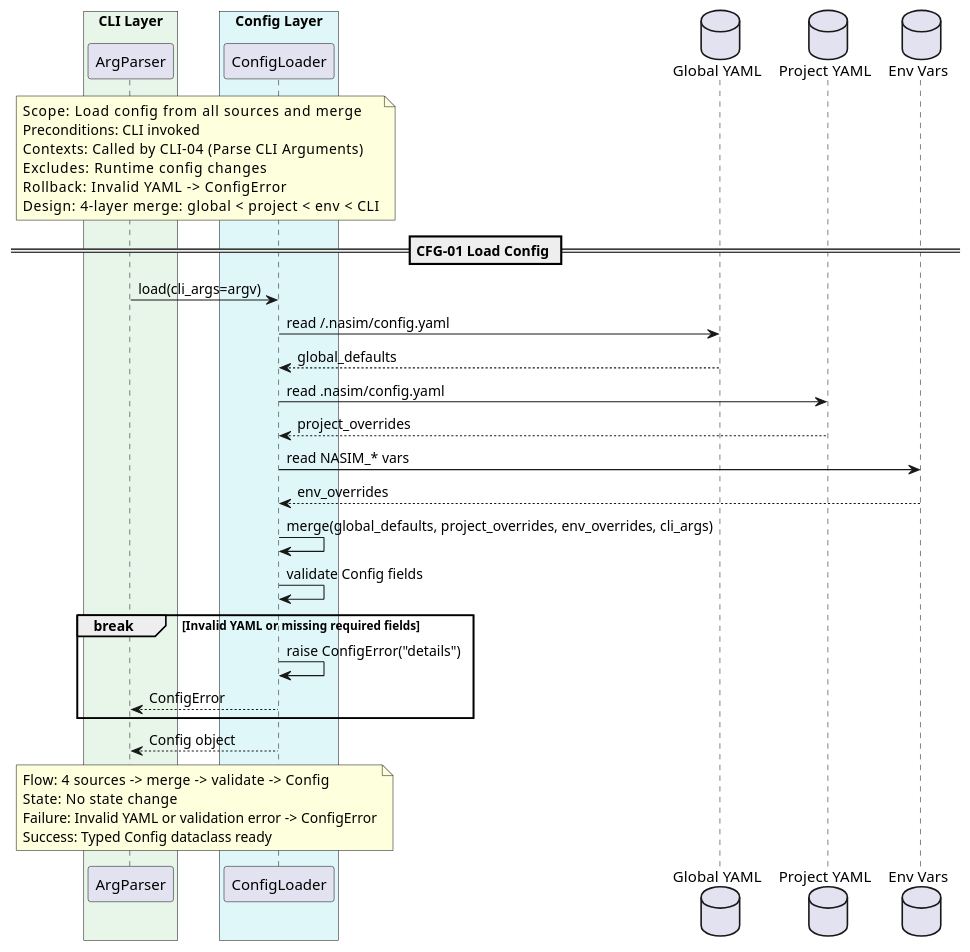
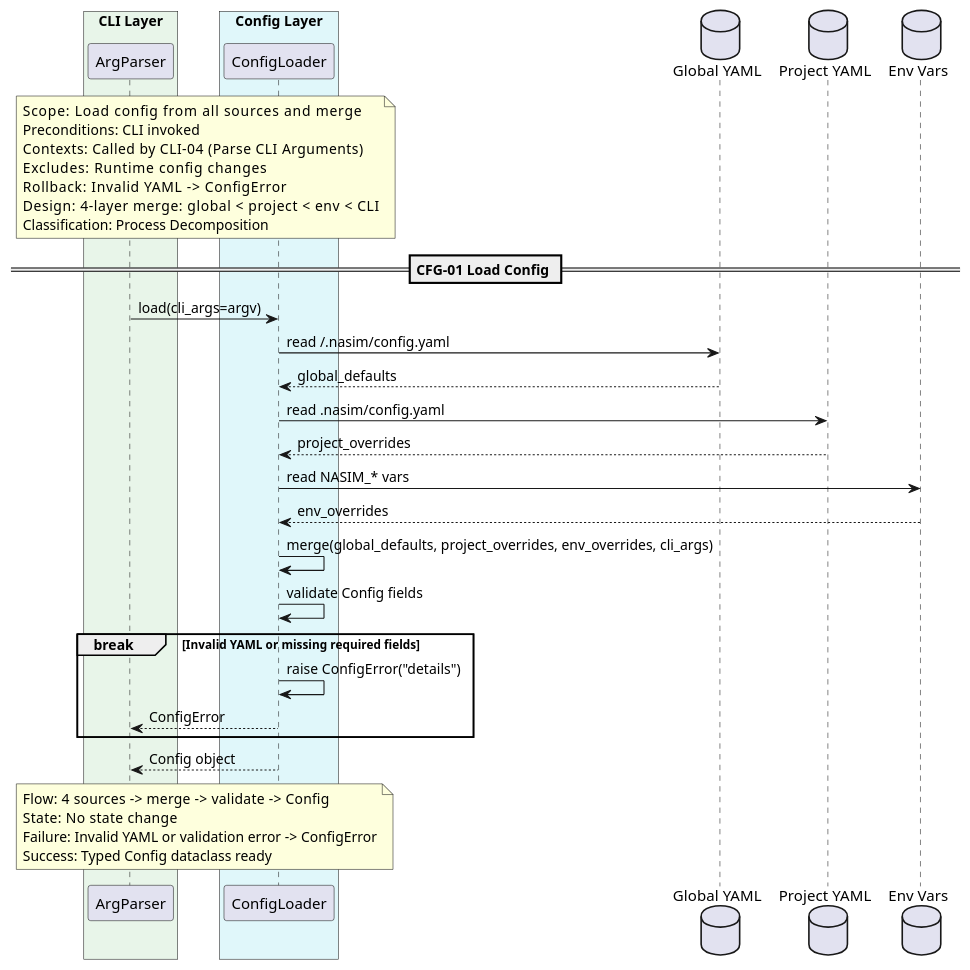
The diagram in docs/SQ/CFG/sq_cfg01_load_config.puml (salimnamvar/nasim), drawn with PlantUML before and after one commit. The commit also changed 153 other files, not shown here.

```diff
--- a/docs/SQ/CFG/sq_cfg01_load_config.puml
+++ b/docs/SQ/CFG/sq_cfg01_load_config.puml
@@ -1,57 +1,58 @@
 @startuml sq_cfg01_load_config
 ' ============================================================
 ' Title:     CFG-01 — Load Config
 ' Boundary:  nasim code agent CLI
 ' Purpose:   Layered config loading from all sources
 ' Milestone: v1.0
 ' Version:   2.0.0
-' Source:    docs/audit/audit_2026-06-20_capability-and-architecture.md
+' Source:    docs/UC/README.md
 ' Review:    —
 ' ============================================================
 
 box "CLI Layer" #E8F5E9
   participant "ArgParser" as parser
 end box
 box "Config Layer" #E0F7FA
   participant "ConfigLoader" as cfg
 end box
 database "Global YAML" as global_yaml
 database "Project YAML" as project_yaml
 database "Env Vars" as env_vars
 
 note over parser, cfg
   Scope:          Load config from all sources and merge
   Preconditions:  CLI invoked
   Contexts:       Called by CLI-04 (Parse CLI Arguments)
   Excludes:       Runtime config changes
   Rollback:       Invalid YAML -> ConfigError
   Design:         4-layer merge: global < project < env < CLI
+  Classification: Process Decomposition
 end note
 
 == CFG-01 Load Config ==
 
 parser -> cfg : load(cli_args=argv)
 cfg -> global_yaml : read ~/.nasim/config.yaml
 global_yaml --> cfg : global_defaults
 cfg -> project_yaml : read .nasim/config.yaml
 project_yaml --> cfg : project_overrides
 cfg -> env_vars : read NASIM_* vars
 env_vars --> cfg : env_overrides
 cfg -> cfg : merge(global_defaults, project_overrides, env_overrides, cli_args)
 cfg -> cfg : validate Config fields
 
 break Invalid YAML or missing required fields
     cfg -> cfg : raise ConfigError("details")
     cfg --> parser : ConfigError
 end
 
 cfg --> parser : Config object
 
 note over parser, cfg
   Flow:    4 sources -> merge -> validate -> Config
   State:   No state change
   Failure: Invalid YAML or validation error -> ConfigError
   Success: Typed Config dataclass ready
 end note
 
 @enduml
```
